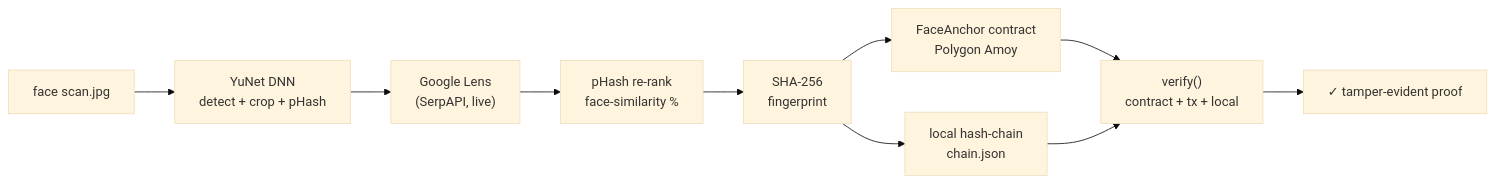
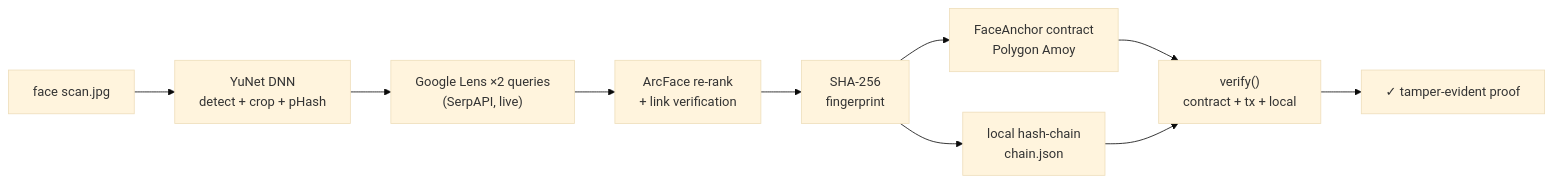
Before and after one commit to Sathwik-giddi/hh-goa-face-blockchain: the diagram in README.md, drawn with Mermaid (base theme). The commit also changed other lines of this file and 4 other files, not shown here.

Commit message:
feat: next-level delivery — GitHub Actions CI (hermetic tests + pyflakes on every push), pre-flight doctor script (12 checks: deps, models, embeddings, keys, RPC, balance, contract state, chain integrity, SerpAPI quota — all green live), README screenshot + CI badge, version 5.0-arcface

````diff
--- a/README.md
+++ b/README.md
@@ -5,12 +10,12 @@
 ```mermaid
 flowchart LR
     A[face scan.jpg] --> B["YuNet DNN<br/>detect + crop + pHash"]
-    B --> C["Google Lens<br/>(SerpAPI, live)"]
-    C --> D["pHash re-rank<br/>face-similarity %"]
+    B --> C["Google Lens ×2 queries<br/>(SerpAPI, live)"]
+    C --> D["ArcFace re-rank<br/>+ link verification"]
     D --> E["SHA-256<br/>fingerprint"]
     E --> F["FaceAnchor contract<br/>Polygon Amoy"]
     E --> G["local hash-chain<br/>chain.json"]
     F --> H["verify()<br/>contract + tx + local"]
     G --> H
     H --> I["✓ tamper-evident proof"]
 ```
````
